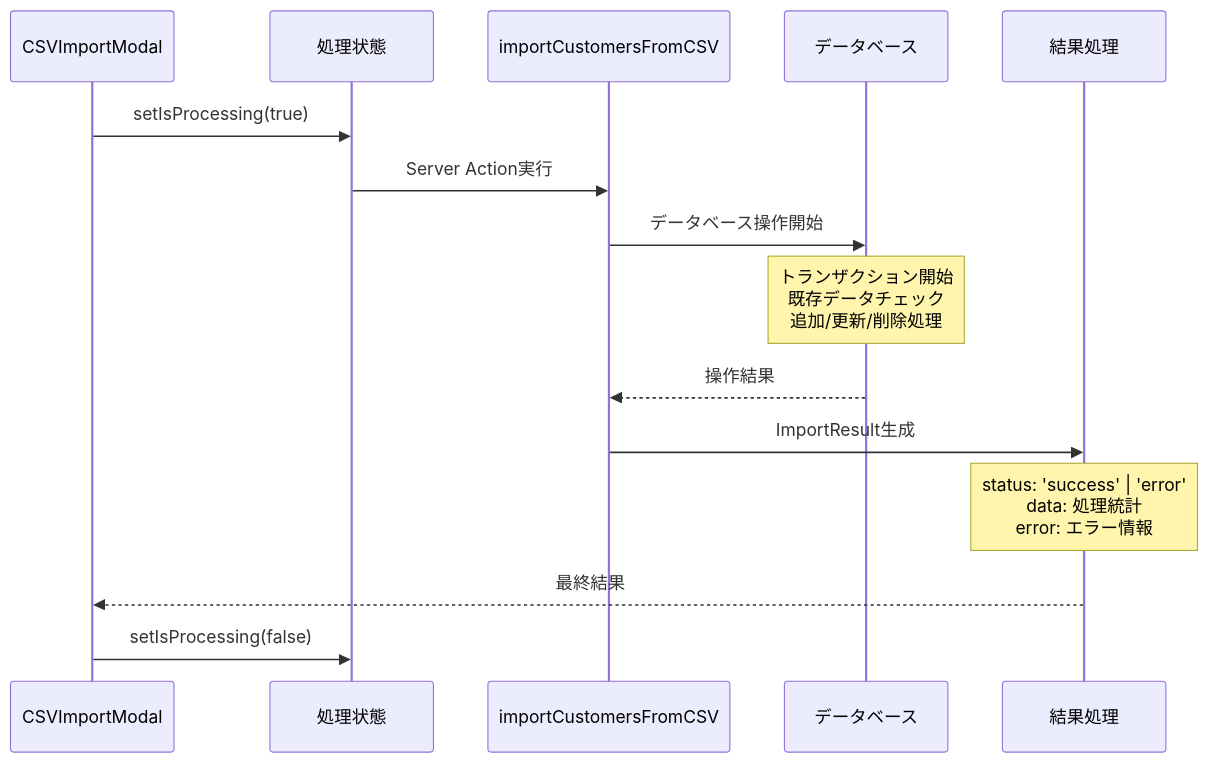
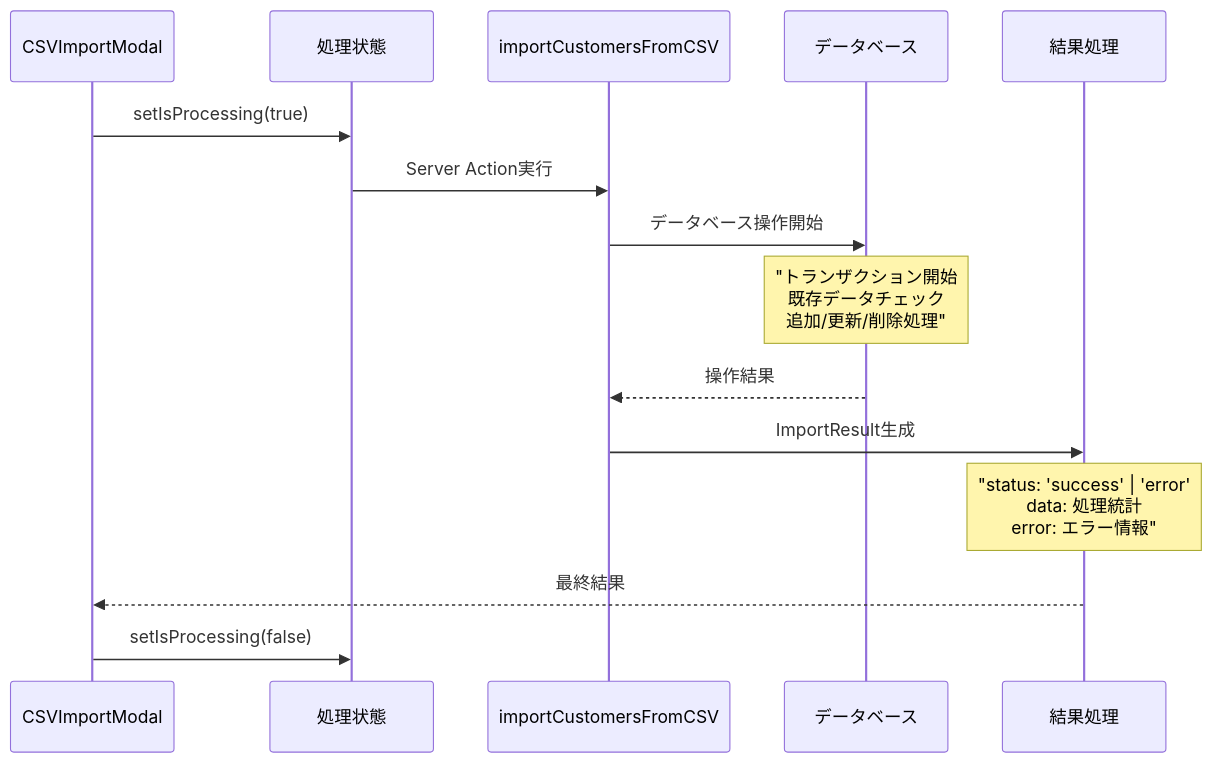
Before and after one commit to wasabi49/ocs-systemDevelopmentExercises: the ninth of 11 diagrams in document/components/sequence/Modal.md, drawn with Mermaid. The commit also changed other lines of this file and 42 other files, not shown here.

First line of the commit message:
fix: mermaidシーケンス図のNote over文でダブルクォーテーション不足を修正

````diff
--- a/document/components/sequence/Modal.md
+++ b/document/components/sequence/Modal.md
@@ -207,21 +207,21 @@
 ```mermaid
 sequenceDiagram
     participant Modal as CSVImportModal
     participant Processing as 処理状態
     participant API as importCustomersFromCSV
     participant Database as データベース
     participant Result as 結果処理
 
     Modal->>Processing: setIsProcessing(true)
     Processing->>API: Server Action実行
     
     API->>Database: データベース操作開始
-    Note over Database: トランザクション開始<br/>既存データチェック<br/>追加/更新/削除処理
+    Note over Database: "トランザクション開始<br/>既存データチェック<br/>追加/更新/削除処理"
     
     Database-->>API: 操作結果
     API->>Result: ImportResult生成
-    Note over Result: status: 'success' | 'error'<br/>data: 処理統計<br/>error: エラー情報
+    Note over Result: "status: 'success' | 'error'<br/>data: 処理統計<br/>error: エラー情報"
     
     Result-->>Modal: 最終結果
     Modal->>Processing: setIsProcessing(false)
 ```
````
